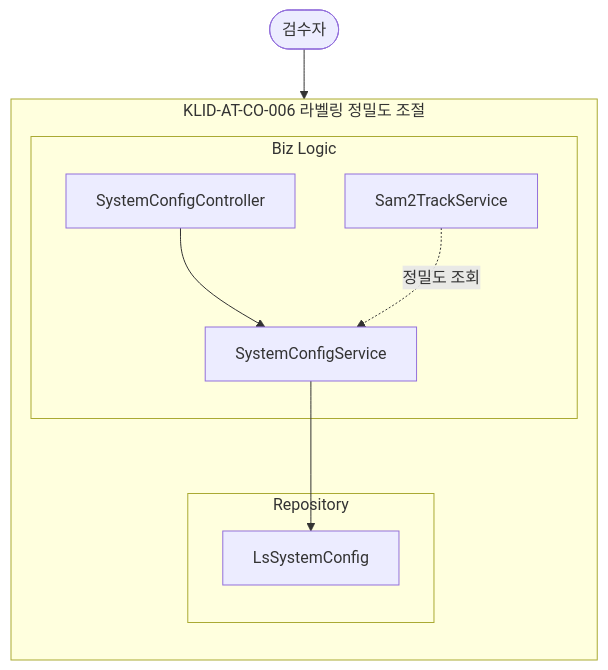
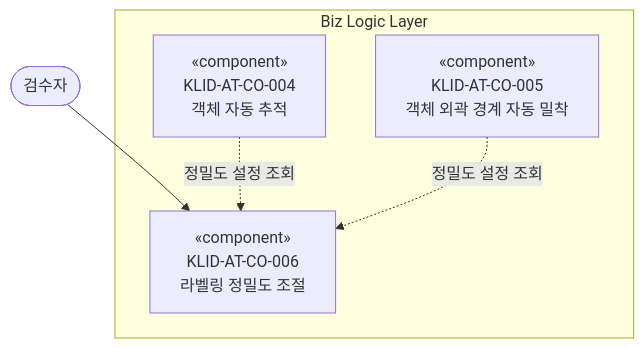
One commit to New-stella/klid-label changed the sixth of 18 diagrams in docs/design/D3-컴포넌트설계서.md. Above: the diagram before and after it, drawn with Mermaid. The commit also changed other lines of this file and 10 other files, not shown here.

````diff
--- a/docs/design/D3-컴포넌트설계서.md
+++ b/docs/design/D3-컴포넌트설계서.md
@@ -200,19 +143,12 @@
 ```mermaid
 flowchart TD
     REVIEWER([검수자])
-    subgraph CO006[KLID-AT-CO-006 라벨링 정밀도 조절]
-        direction TB
-        subgraph BIZ6[Biz Logic]
-            SCC[SystemConfigController]
-            SCS6[SystemConfigService]
-            STS6[Sam2TrackService]
-        end
-        subgraph REP6[Repository]
-            CFG[LsSystemConfig]
-        end
-        SCC --> SCS6
-        SCS6 --> CFG
-        STS6 -.정밀도 조회.-> SCS6
+    subgraph BIZ6[Biz Logic Layer]
+        CO006["«component»<br/>KLID-AT-CO-006<br/>라벨링 정밀도 조절"]
+        CO004C["«component»<br/>KLID-AT-CO-004<br/>객체 자동 추적"]
+        CO005C["«component»<br/>KLID-AT-CO-005<br/>객체 외곽 경계 자동 밀착"]
     end
-    REVIEWER --> SCC
+    REVIEWER --> CO006
+    CO004C -.정밀도 설정 조회.-> CO006
+    CO005C -.정밀도 설정 조회.-> CO006
 ```
````
